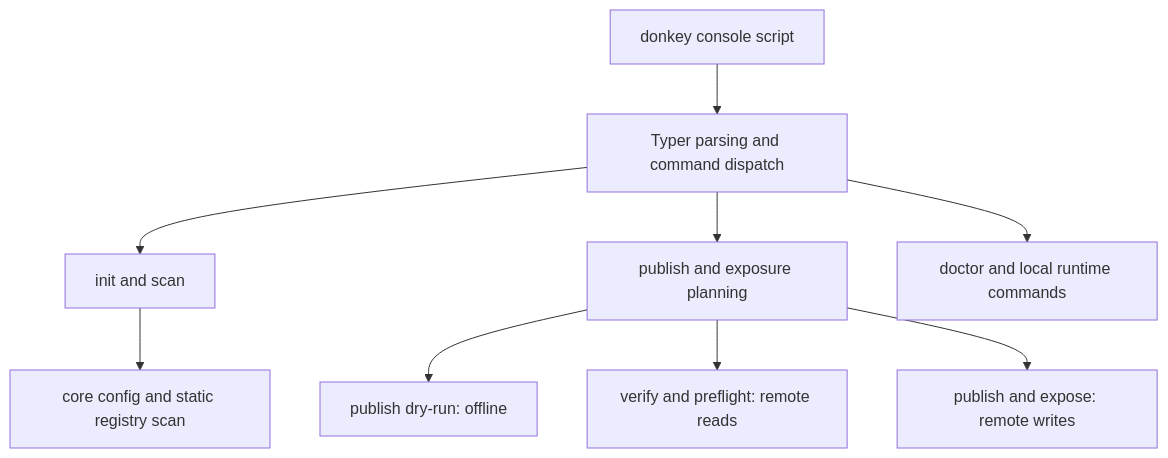
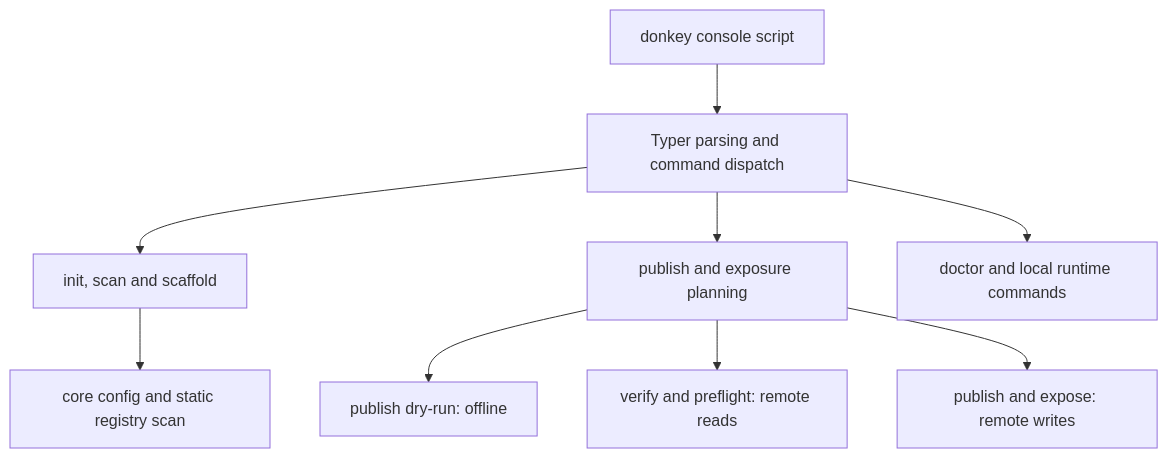
Before and after one commit to Donkey-Development-Kit/donkey-development-kit: the diagram in docs/cli-architecture.md, drawn with Mermaid. The commit also changed other lines of this file and 14 other files, not shown here.

First line of the commit message:
feat(cli): donkey scaffold --dry-run proposes declaration tables from a static scan (#1788)

````diff
--- a/docs/cli-architecture.md
+++ b/docs/cli-architecture.md
@@ -22,11 +22,11 @@
 ```mermaid
 flowchart TD
     Entry[donkey console script] --> App[Typer parsing and command dispatch]
-    App --> Local[init and scan]
+    App --> Local[init, scan and scaffold]
     App --> Plans[publish and exposure planning]
     App --> Runtime[doctor and local runtime commands]
     Local --> Config[core config and static registry scan]
     Plans --> Offline[publish dry-run: offline]
     Plans --> Reads[verify and preflight: remote reads]
     Plans --> Writes[publish and expose: remote writes]
 ```
````
